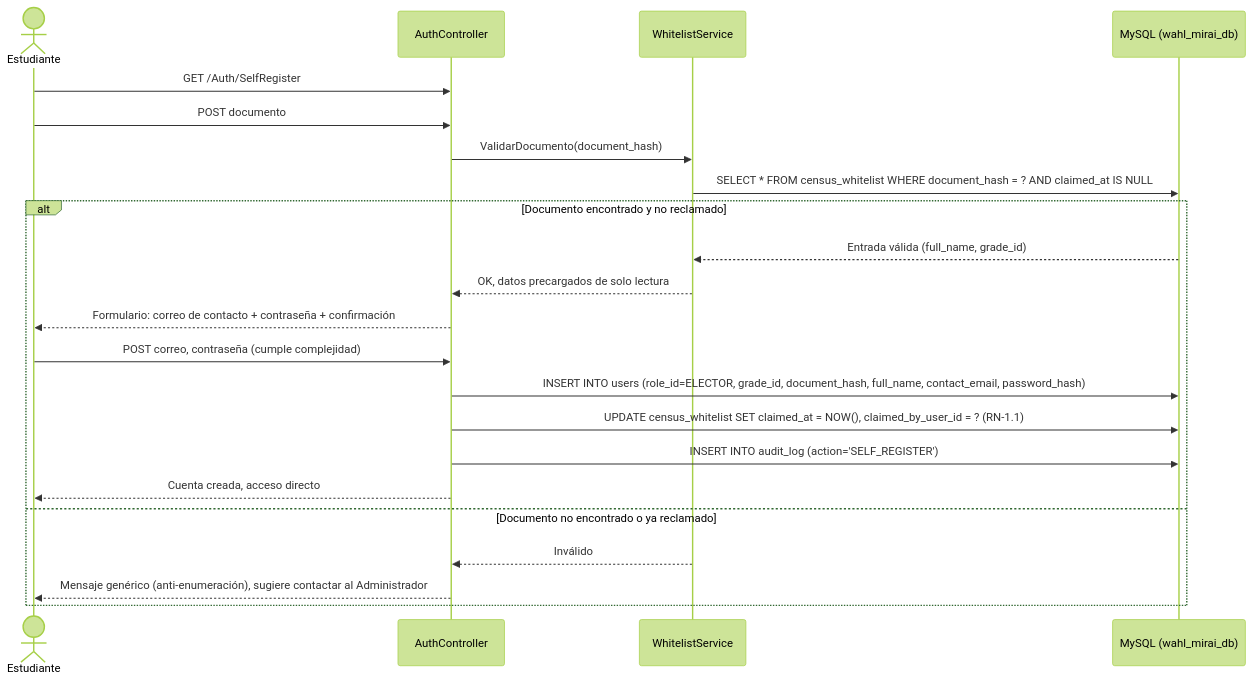
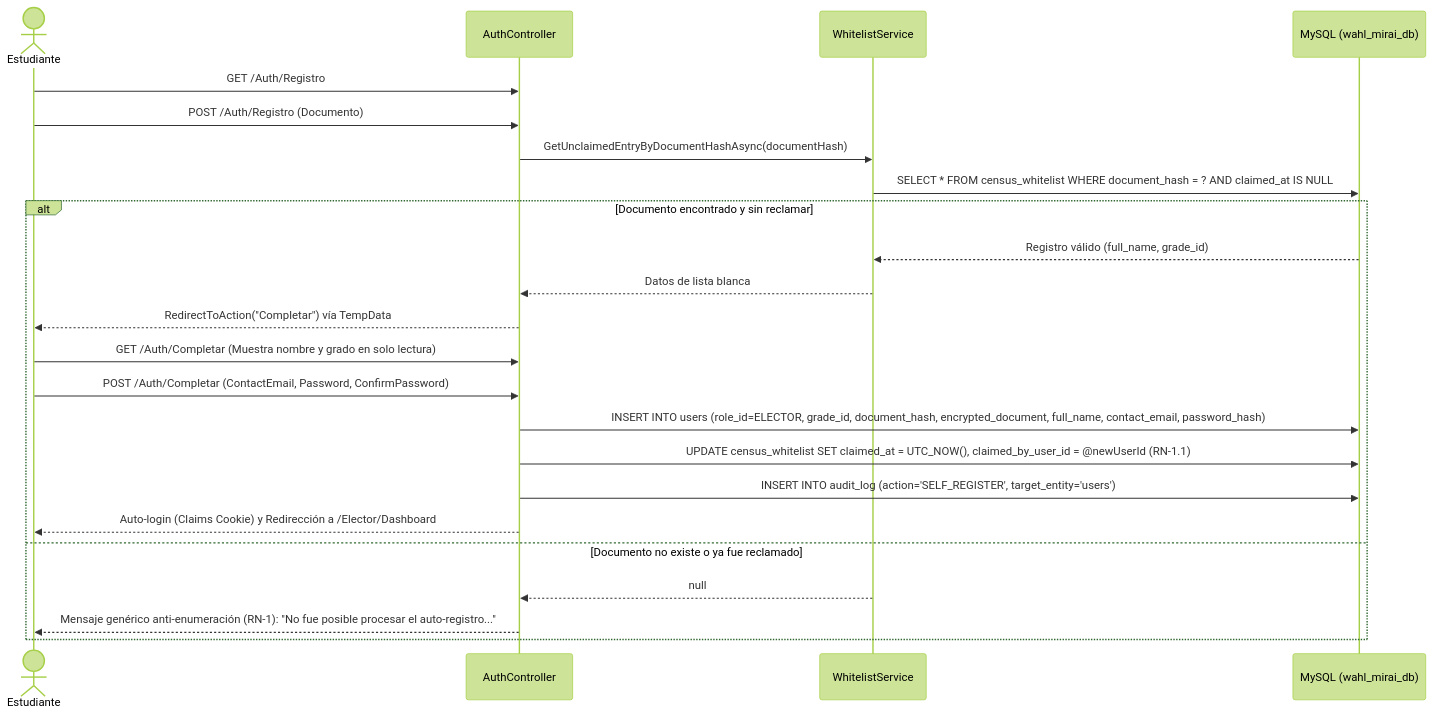
The third of 5 diagrams in docs/Arquitectura_y_Diseno_v2_8.2.md (MrDeep24/WAHL-MIRAI), drawn with Mermaid (forest theme) before and after one commit. The commit also changed other lines of this file and 1 other file, not shown here.

````diff
--- a/docs/Arquitectura_y_Diseno_v2_8.2.md
+++ b/docs/Arquitectura_y_Diseno_v2_8.2.md
@@ -346,25 +433,26 @@
 ```mermaid
 sequenceDiagram
     actor Elector as Estudiante
     participant Auth as AuthController
     participant WS as WhitelistService
     participant DB as MySQL (wahl_mirai_db)
 
-    Elector->>Auth: GET /Auth/SelfRegister
-    Elector->>Auth: POST documento
-    Auth->>WS: ValidarDocumento(document_hash)
+    Elector->>Auth: GET /Auth/Registro
+    Elector->>Auth: POST /Auth/Registro (Documento)
+    Auth->>WS: GetUnclaimedEntryByDocumentHashAsync(documentHash)
     WS->>DB: SELECT * FROM census_whitelist WHERE document_hash = ? AND claimed_at IS NULL
-    alt Documento encontrado y no reclamado
-        DB-->>WS: Entrada válida (full_name, grade_id)
-        WS-->>Auth: OK, datos precargados de solo lectura
-        Auth-->>Elector: Formulario: correo de contacto + contraseña + confirmación
-        Elector->>Auth: POST correo, contraseña (cumple complejidad)
-        Auth->>DB: INSERT INTO users (role_id=ELECTOR, grade_id, document_hash, full_name, contact_email, password_hash)
-        Auth->>DB: UPDATE census_whitelist SET claimed_at = NOW(), claimed_by_user_id = ? (RN-1.1)
-        Auth->>DB: INSERT INTO audit_log (action='SELF_REGISTER')
-        Auth-->>Elector: Cuenta creada, acceso directo
-    else Documento no encontrado o ya reclamado
-        WS-->>Auth: Inválido
-        Auth-->>Elector: Mensaje genérico (anti-enumeración), sugiere contactar al Administrador
+    alt Documento encontrado y sin reclamar
+        DB-->>WS: Registro válido (full_name, grade_id)
+        WS-->>Auth: Datos de lista blanca
+        Auth-->>Elector: RedirectToAction("Completar") vía TempData
+        Elector->>Auth: GET /Auth/Completar (Muestra nombre y grado en solo lectura)
+        Elector->>Auth: POST /Auth/Completar (ContactEmail, Password, ConfirmPassword)
+        Auth->>DB: INSERT INTO users (role_id=ELECTOR, grade_id, document_hash, encrypted_document, full_name, contact_email, password_hash)
+        Auth->>DB: UPDATE census_whitelist SET claimed_at = UTC_NOW(), claimed_by_user_id = @newUserId (RN-1.1)
+        Auth->>DB: INSERT INTO audit_log (action='SELF_REGISTER', target_entity='users')
+        Auth-->>Elector: Auto-login (Claims Cookie) y Redirección a /Elector/Dashboard
+    else Documento no existe o ya fue reclamado
+        WS-->>Auth: null
+        Auth-->>Elector: Mensaje genérico anti-enumeración (RN-1): "No fue posible procesar el auto-registro..."
     end
 ```
````
